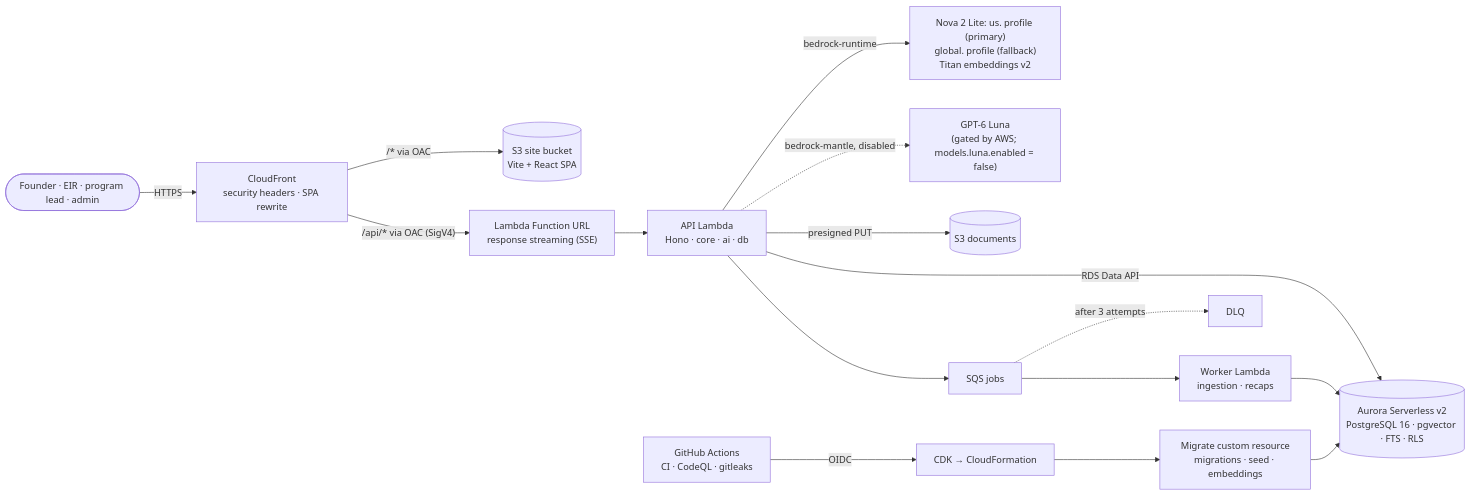
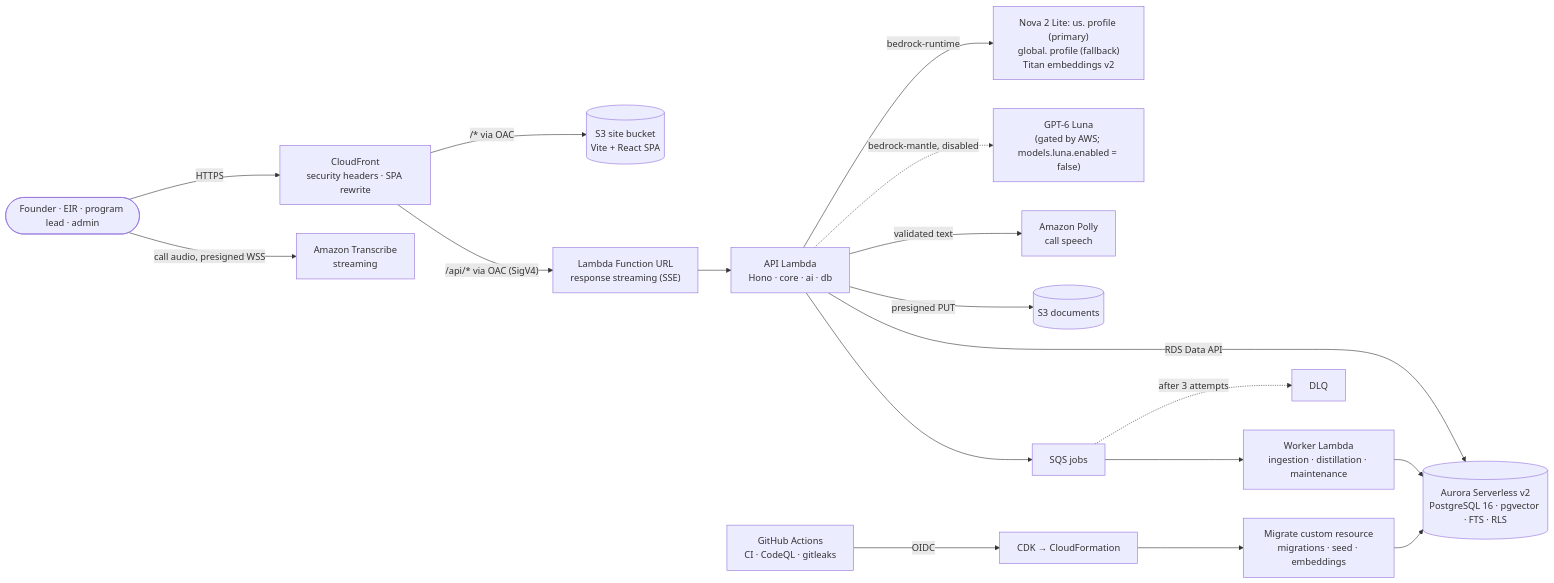
Before and after one commit to satvikOS/Foundry-Ascent: the diagram in README.md, drawn with Mermaid. The commit also changed other lines of this file and 12 other files, not shown here.

````diff
--- a/README.md
+++ b/README.md
@@ -39,16 +41,18 @@
 ```mermaid
 flowchart LR
   user(["Founder · EIR · program lead · admin"]) -->|HTTPS| cf["CloudFront<br/>security headers · SPA rewrite"]
+  user -->|"call audio, presigned WSS"| stt["Amazon Transcribe<br/>streaming"]
   cf -->|"/* via OAC"| site[("S3 site bucket<br/>Vite + React SPA")]
   cf -->|"/api/* via OAC (SigV4)"| url["Lambda Function URL<br/>response streaming (SSE)"]
   url --> api["API Lambda<br/>Hono · core · ai · db"]
   api -->|"RDS Data API"| db[("Aurora Serverless v2<br/>PostgreSQL 16 · pgvector · FTS · RLS")]
   api -->|"bedrock-runtime"| nova["Nova 2 Lite: us. profile (primary)<br/>global. profile (fallback)<br/>Titan embeddings v2"]
   api -.->|"bedrock-mantle, disabled"| luna["GPT-6 Luna<br/>(gated by AWS; models.luna.enabled = false)"]
+  api -->|"validated text"| polly["Amazon Polly<br/>call speech"]
   api -->|"presigned PUT"| docs[("S3 documents")]
-  api --> jobs["SQS jobs"] --> worker["Worker Lambda<br/>ingestion · recaps"]
+  api --> jobs["SQS jobs"] --> worker["Worker Lambda<br/>ingestion · distillation · maintenance"]
   worker --> db
   jobs -.->|"after 3 attempts"| dlq["DLQ"]
   gh["GitHub Actions<br/>CI · CodeQL · gitleaks"] -->|"OIDC"| cdk["CDK → CloudFormation"]
   cdk --> migrate["Migrate custom resource<br/>migrations · seed · embeddings"] --> db
 ```
````
